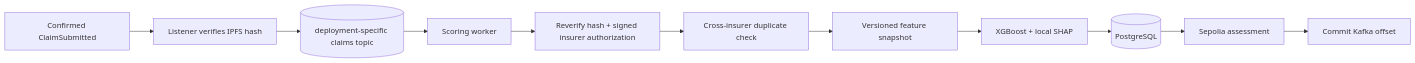
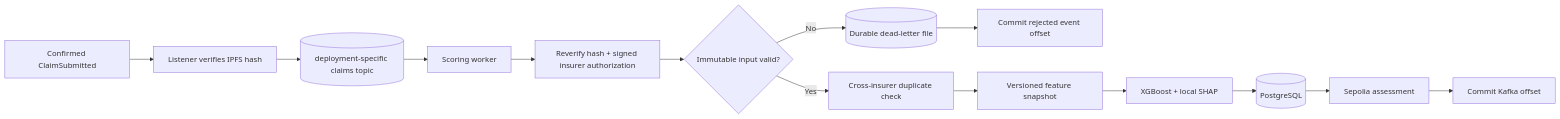
Before and after one commit to ganesh1997oli/Decentralized-Claims-Registry: the first of 2 diagrams in packages/integrations/kafka/README.md, drawn with Mermaid. The commit also changed other lines of this file and 12 other files, not shown here.

````diff
--- a/packages/integrations/kafka/README.md
+++ b/packages/integrations/kafka/README.md
@@ -8,13 +8,16 @@
 ```mermaid
 flowchart LR
     Chain["Confirmed ClaimSubmitted"] --> Listener["Listener verifies IPFS hash"]
     Listener --> Topic[("deployment-specific claims topic")]
     Topic --> Worker["Scoring worker"]
     Worker --> Verify["Reverify hash + signed insurer authorization"]
-    Verify --> Duplicate["Cross-insurer duplicate check"]
+    Verify --> Valid{"Immutable input valid?"}
+    Valid -->|Yes| Duplicate["Cross-insurer duplicate check"]
+    Valid -->|No| DeadLetter[("Durable dead-letter file")]
+    DeadLetter --> RejectedCommit["Commit rejected event offset"]
     Duplicate --> Features["Versioned feature snapshot"]
     Features --> Model["XGBoost + local SHAP"]
     Model --> DB[("PostgreSQL")]
     DB --> Write["Sepolia assessment"]
     Write --> Commit["Commit Kafka offset"]
 ```
````
